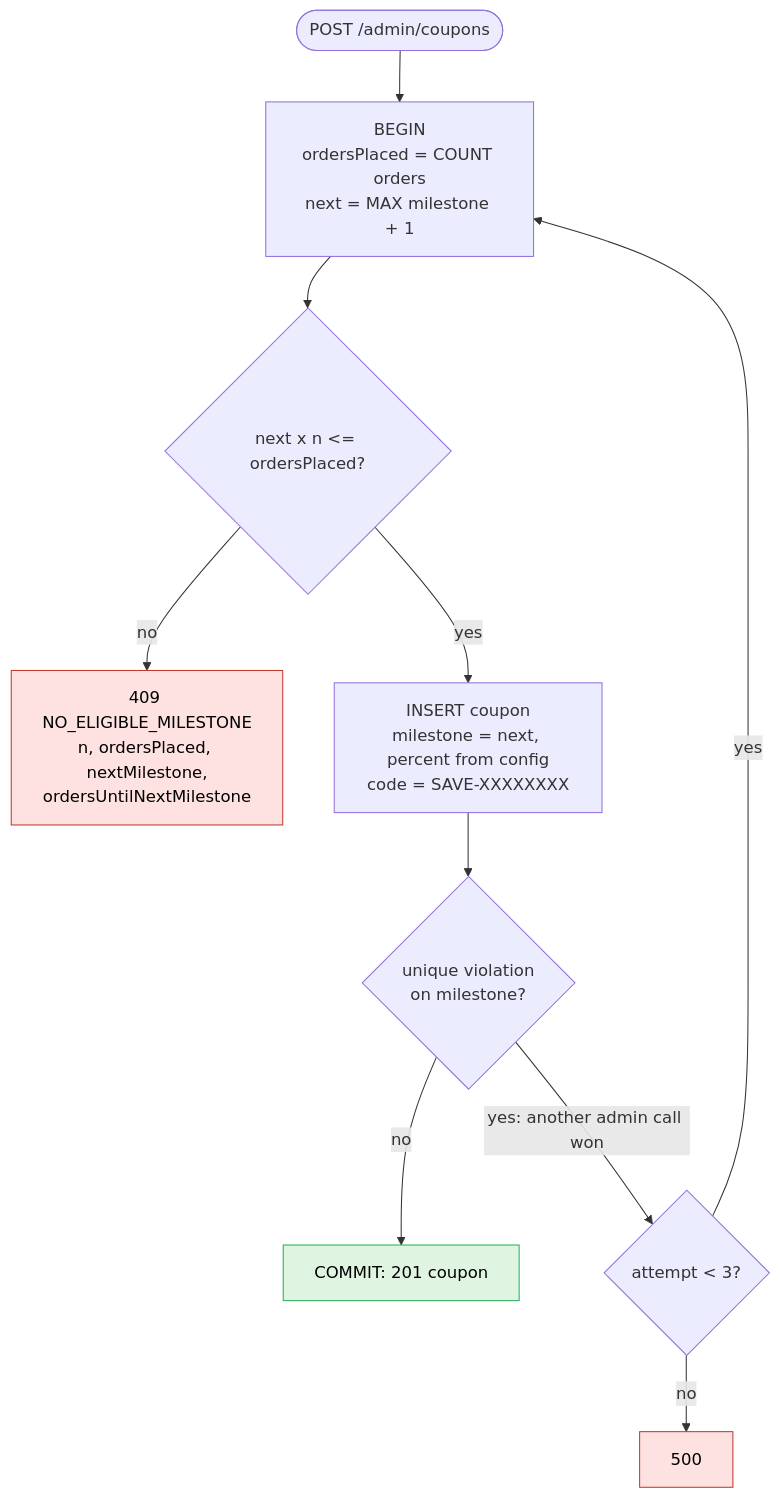
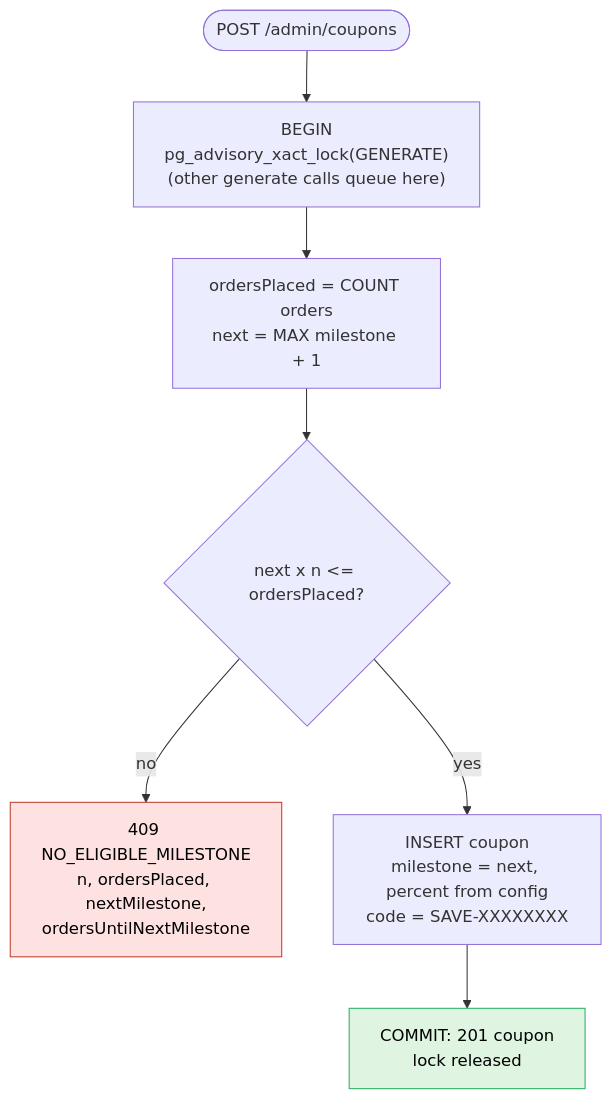
One commit to ash-rick/Cart changed the tenth of 13 diagrams in docs/FLOWS.md. Above: the diagram before and after it, drawn with Mermaid. The commit also changed other lines of this file and 2 other files, not shown here.

Commit message:
docs: reflect review fixes (advisory-lock generation, input rules, what the lock-order test proves)

````diff
--- a/docs/FLOWS.md
+++ b/docs/FLOWS.md
@@ -238,15 +238,12 @@
 ```mermaid
 flowchart TD
-  start([POST /admin/coupons]) --> tx["BEGIN<br/>ordersPlaced = COUNT orders<br/>next = MAX milestone + 1"]
+  start([POST /admin/coupons]) --> lock["BEGIN<br/>pg_advisory_xact_lock(GENERATE)<br/>(other generate calls queue here)"]
+  lock --> tx["ordersPlaced = COUNT orders<br/>next = MAX milestone + 1"]
   tx --> q{"next x n <= ordersPlaced?"}
   q -- no --> e[409 NO_ELIGIBLE_MILESTONE<br/>n, ordersPlaced, nextMilestone,<br/>ordersUntilNextMilestone]:::err
   q -- yes --> ins["INSERT coupon<br/>milestone = next, percent from config<br/>code = SAVE-XXXXXXXX"]
-  ins --> u{unique violation<br/>on milestone?}
-  u -- no --> ok[COMMIT: 201 coupon]:::ok
-  u -- "yes: another admin call won" --> retry{attempt < 3?}
-  retry -- yes --> tx
-  retry -- no --> fail[500]:::err
+  ins --> ok[COMMIT: 201 coupon<br/>lock released]:::ok
 
   classDef err fill:#fde2e1,stroke:#c0392b,color:#000
   classDef ok fill:#dff5e1,stroke:#27ae60,color:#000
 ```
````
